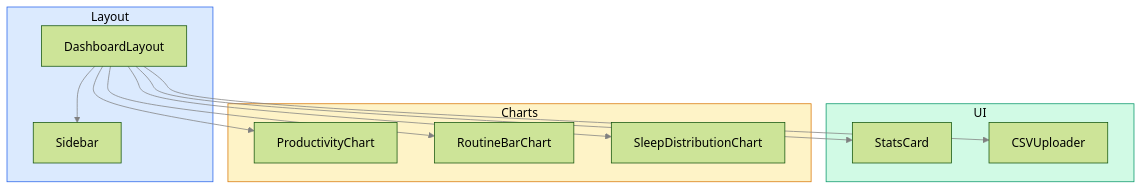
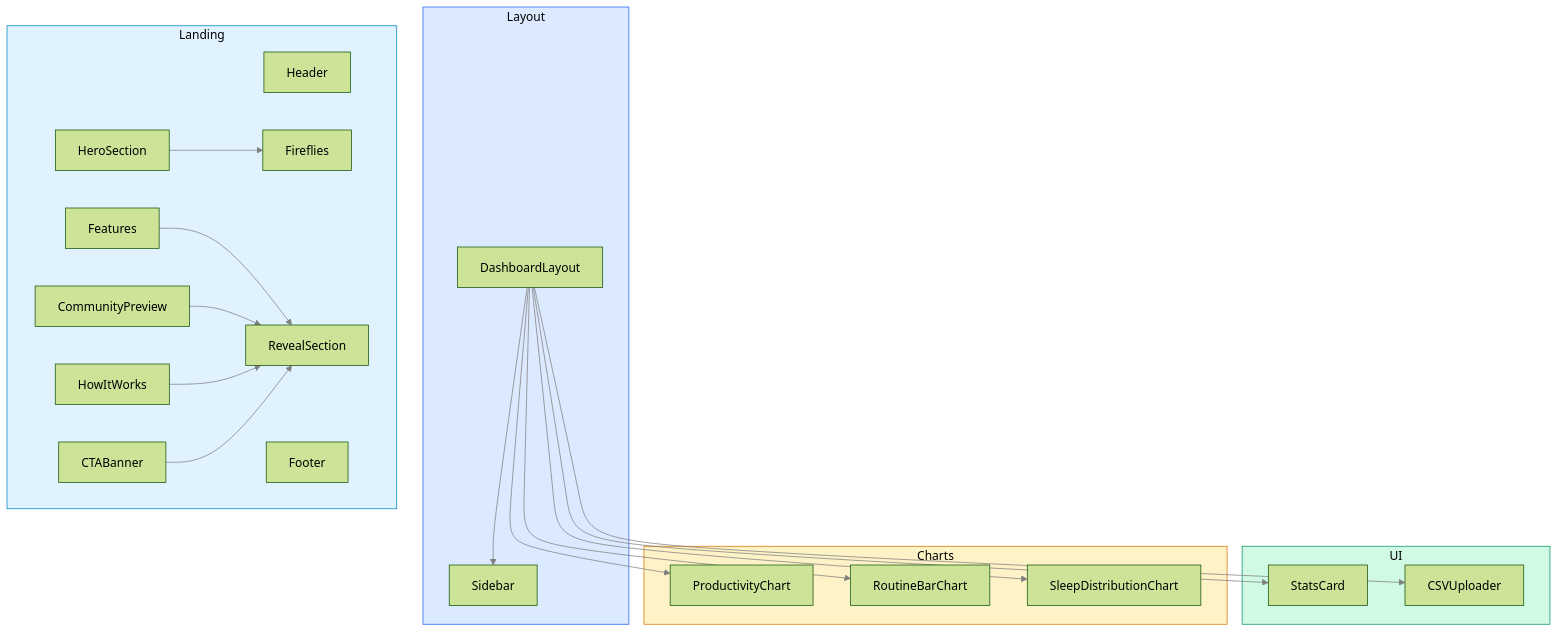
The diagram in docs/04-Frontend/02-Components.md (nyanham/morning-routine-productivity), drawn with Mermaid (forest theme) before and after one commit. The commit also changed other lines of this file and 26 other files, not shown here.

````diff
--- a/docs/04-Frontend/02-Components.md
+++ b/docs/04-Frontend/02-Components.md
@@ -9,35 +9,55 @@
 ```mermaid
 graph TD
     subgraph Layout
         DL["DashboardLayout"]
         SB["Sidebar"]
+    end
+
+    subgraph Landing
+        HD["Header"]
+        HS["HeroSection"]
+        FT["Features"]
+        CP["CommunityPreview"]
+        HW["HowItWorks"]
+        CB["CTABanner"]
+        FO["Footer"]
+        FF["Fireflies"]
+        RS["RevealSection"]
     end
 
     subgraph UI
         SC["StatsCard"]
         CSV["CSVUploader"]
     end
 
     subgraph Charts
         PC["ProductivityChart"]
         RBC["RoutineBarChart"]
         SDC["SleepDistributionChart"]
     end
 
     DL --> SB
     DL --> SC
     DL --> PC
     DL --> RBC
     DL --> SDC
     DL --> CSV
 
+    HS --> FF
+    FT --> RS
+    CP --> RS
+    HW --> RS
+    CB --> RS
+
     style Layout fill:#dbeafe,stroke:#2563eb
     style Layout color:black
+    style Landing fill:#e0f2fe,stroke:#0284c7
+    style Landing color:black
     style UI fill:#d1fae5,stroke:#059669
     style UI color:black
     style Charts fill:#fef3c7,stroke:#d97706
     style Charts color:black
 
     linkStyle default stroke: gray
 
 ```
````
